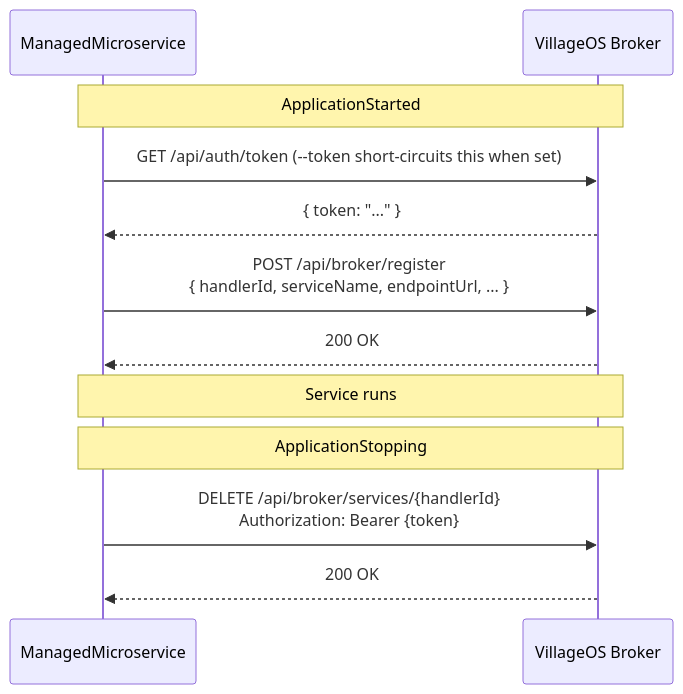
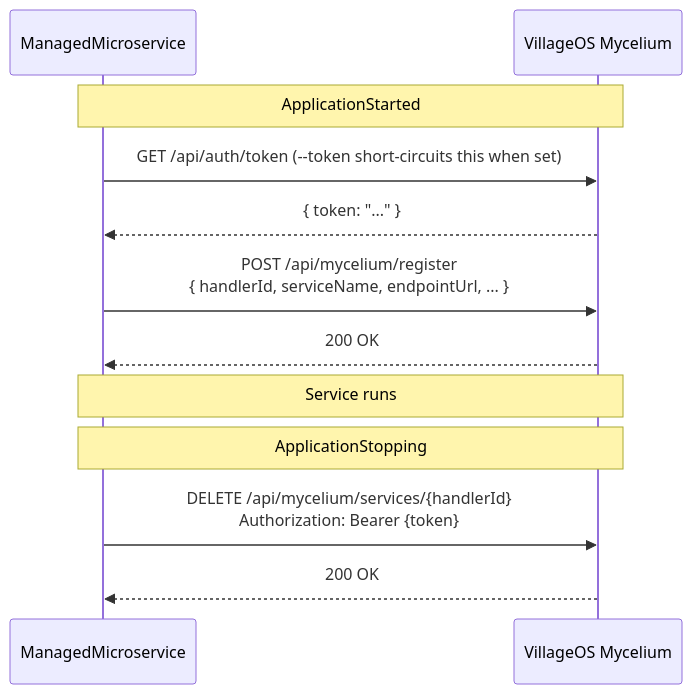
Before and after one commit to ReGen-Villages/VillageOS-API: the diagram in docs/MICROSERVICES.md, drawn with Mermaid. The commit also changed other lines of this file and 151 other files, not shown here.

First line of the commit message:
Rename Broker → Mycelium (gateway) across Taproot, Trellis, microservices

````diff
--- a/docs/MICROSERVICES.md
+++ b/docs/MICROSERVICES.md
@@ -113,17 +113,17 @@
 ```mermaid
 sequenceDiagram
     participant MS as ManagedMicroservice
-    participant B  as VillageOS Broker
+    participant B  as VillageOS Mycelium
 
     Note over MS,B: ApplicationStarted
     MS->>B: GET /api/auth/token (--token short-circuits this when set)
     B-->>MS: { token: "..." }
-    MS->>B: POST /api/broker/register<br/>{ handlerId, serviceName, endpointUrl, ... }
+    MS->>B: POST /api/mycelium/register<br/>{ handlerId, serviceName, endpointUrl, ... }
     B-->>MS: 200 OK
 
     Note over MS,B: Service runs
 
     Note over MS,B: ApplicationStopping
-    MS->>B: DELETE /api/broker/services/{handlerId}<br/>Authorization: Bearer {token}
+    MS->>B: DELETE /api/mycelium/services/{handlerId}<br/>Authorization: Bearer {token}
     B-->>MS: 200 OK
 ```
````
